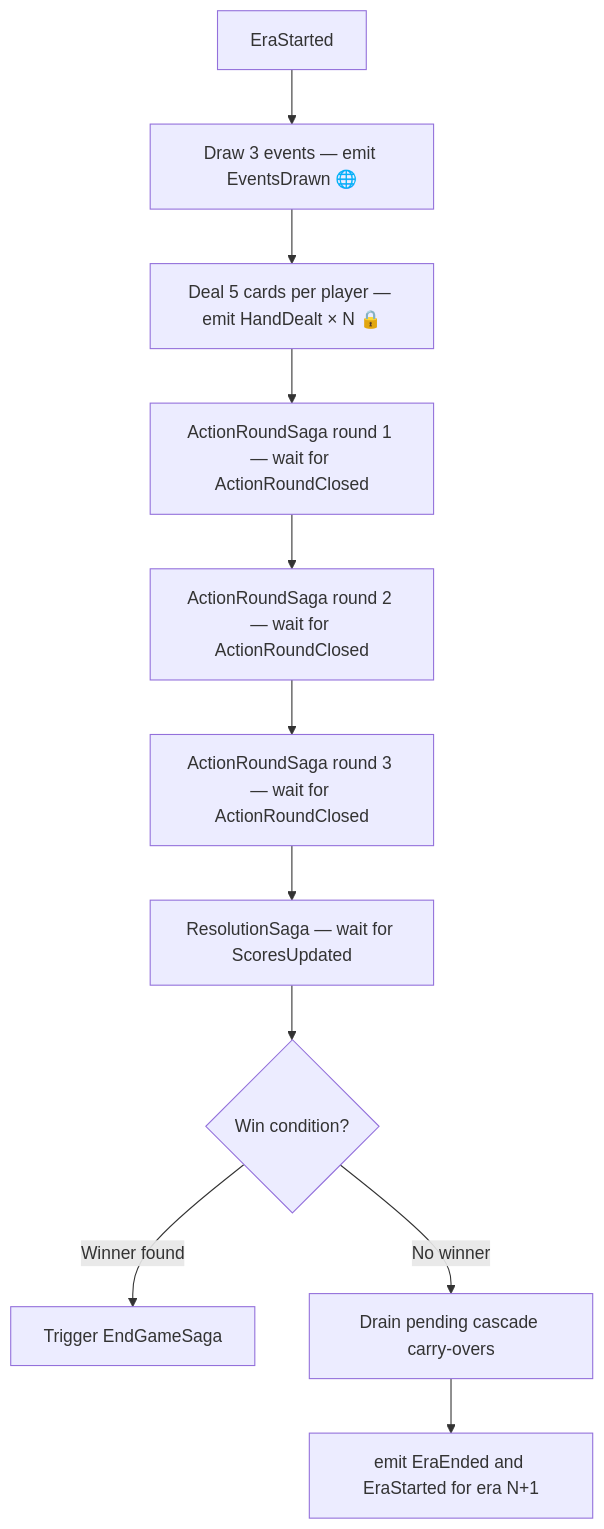
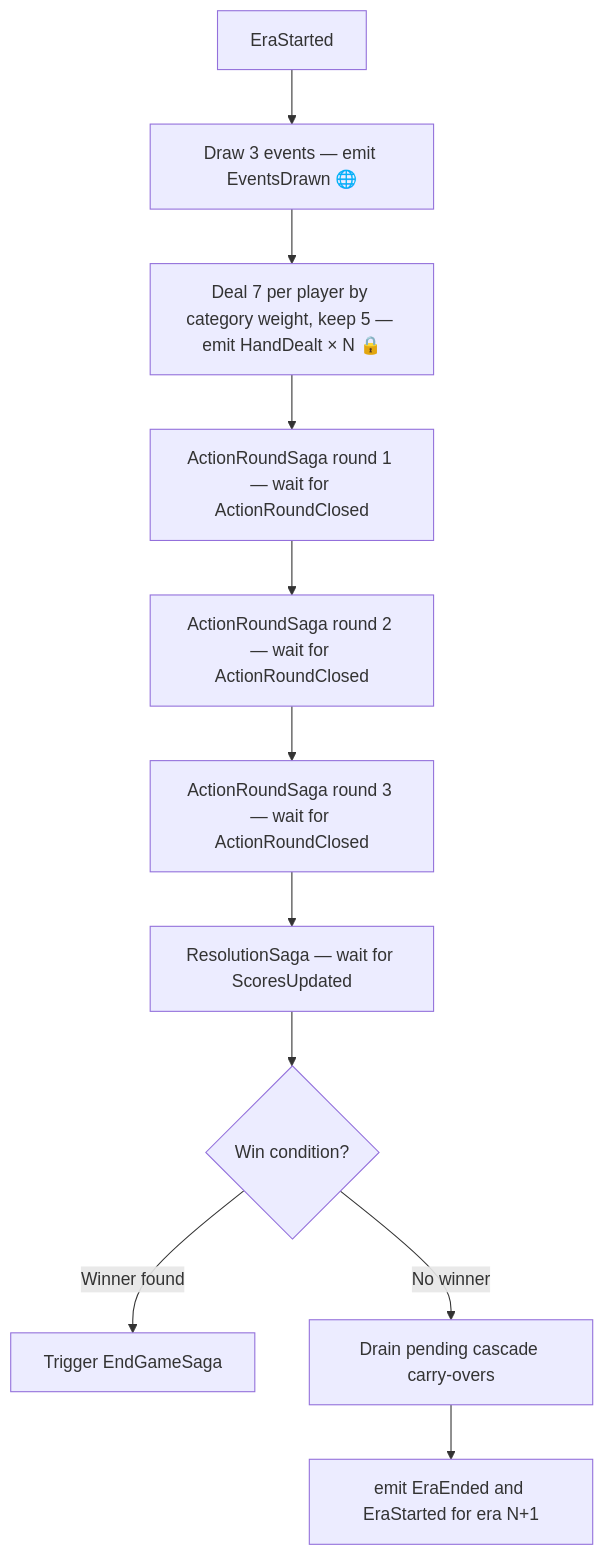
The diagram in sagas/era.mdx (temporal-rift/docs), drawn with Mermaid before and after one commit. The commit also changed 11 other files, not shown here.

````diff
--- a/sagas/era.mdx
+++ b/sagas/era.mdx
@@ -12,13 +12,13 @@
 ```mermaid
 flowchart TD
   A[EraStarted] --> B[Draw 3 events — emit EventsDrawn 🌐]
-  B --> C[Deal 5 cards per player — emit HandDealt × N 🔒]
+  B --> C[Deal 7 per player by category weight, keep 5 — emit HandDealt × N 🔒]
   C --> D[ActionRoundSaga round 1 — wait for ActionRoundClosed]
   D --> E[ActionRoundSaga round 2 — wait for ActionRoundClosed]
   E --> F[ActionRoundSaga round 3 — wait for ActionRoundClosed]
   F --> G[ResolutionSaga — wait for ScoresUpdated]
   G --> H{Win condition?}
   H -->|Winner found| I[Trigger EndGameSaga]
   H -->|No winner| J[Drain pending cascade carry-overs]
   J --> K[emit EraEnded and EraStarted for era N+1]
 ```
````
